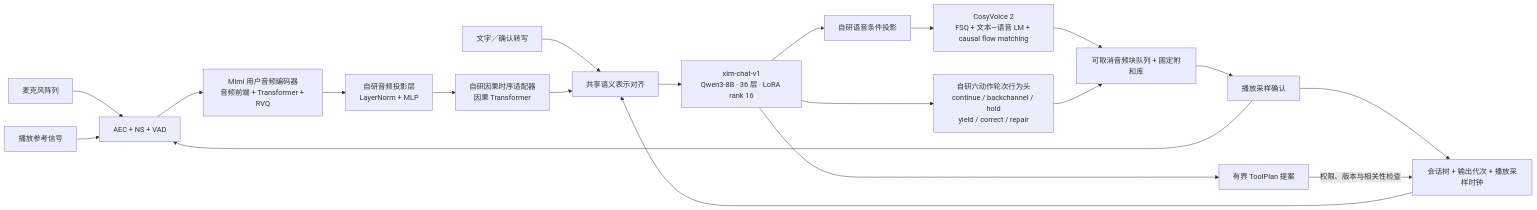
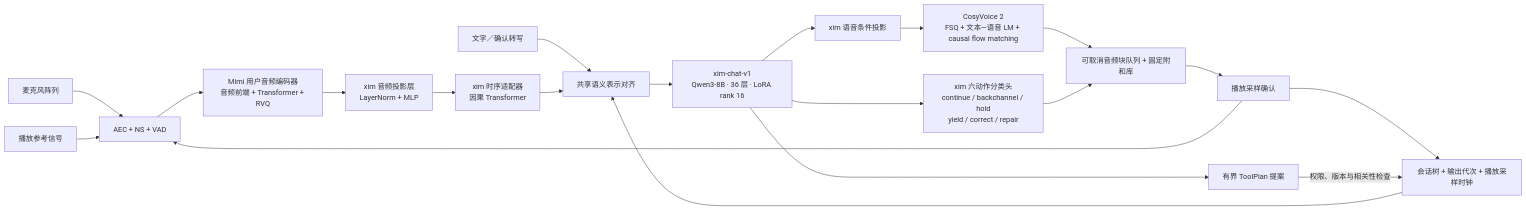
The diagram in docs/ARCHITECTURE_REVIEW.md (wuki-creator/Xim-duplex), drawn with Mermaid before and after one commit. The commit also changed 21 other files, not shown here.

````diff
--- a/docs/ARCHITECTURE_REVIEW.md
+++ b/docs/ARCHITECTURE_REVIEW.md
@@ -27,22 +27,22 @@
 ```mermaid
 flowchart LR
     MIC[麦克风阵列] --> AEC[AEC + NS + VAD]
     REF[播放参考信号] --> AEC
     AEC --> MIMI[Mimi 用户音频编码器<br/>音频前端 + Transformer + RVQ]
-    MIMI --> PROJ[自研音频投影层<br/>LayerNorm + MLP]
-    PROJ --> ADAPT[自研因果时序适配器<br/>因果 Transformer]
+    MIMI --> PROJ[xim 音频投影层<br/>LayerNorm + MLP]
+    PROJ --> ADAPT[xim 时序适配器<br/>因果 Transformer]
     TEXT[文字／确认转写] --> ALIGN[共享语义表示对齐]
     ADAPT --> ALIGN
     STATE[会话树 + 输出代次 + 播放采样时钟] --> ALIGN
     ALIGN --> XIM[xim-chat-v1<br/>Qwen3-8B · 36 层 · LoRA rank 16]
-    XIM --> POLICY[自研六动作轮次行为头<br/>continue / backchannel / hold<br/>yield / correct / repair]
-    XIM --> VPROJ[自研语音条件投影]
+    XIM --> POLICY[xim 六动作分类头<br/>continue / backchannel / hold<br/>yield / correct / repair]
+    XIM --> VPROJ[xim 语音条件投影]
     VPROJ --> TTS[CosyVoice 2<br/>FSQ + 文本—语音 LM + causal flow matching]
     TTS --> PLAY[可取消音频块队列 + 固定附和库]
     POLICY --> PLAY
     PLAY --> ACK[播放采样确认]
     ACK --> STATE
     ACK --> AEC
     XIM --> TASK[有界 ToolPlan 提案]
     TASK -->|权限、版本与相关性检查| STATE
 ```
````
